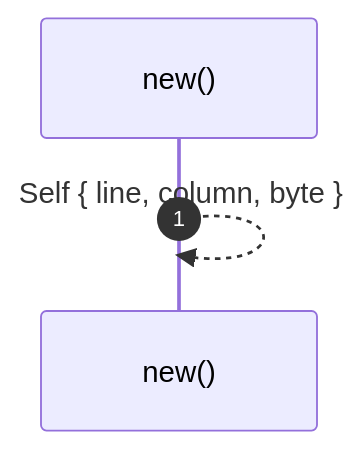
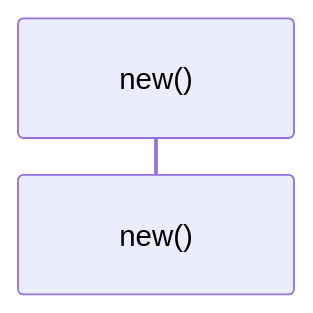
The first of 2 diagrams in docs/self-model/robby_ir/span/impl-position.md (RyanGuild/self-describing-code), drawn with Mermaid before and after one commit. The commit also changed other lines of this file and 1404 other files, not shown here.

````diff
--- a/docs/self-model/robby_ir/span/impl-position.md
+++ b/docs/self-model/robby_ir/span/impl-position.md
@@ -47,6 +52,5 @@
 ```mermaid
 sequenceDiagram
     autonumber
     participant new as new()
-    new-->>new: Self { line, column, byte }
 ```
````
